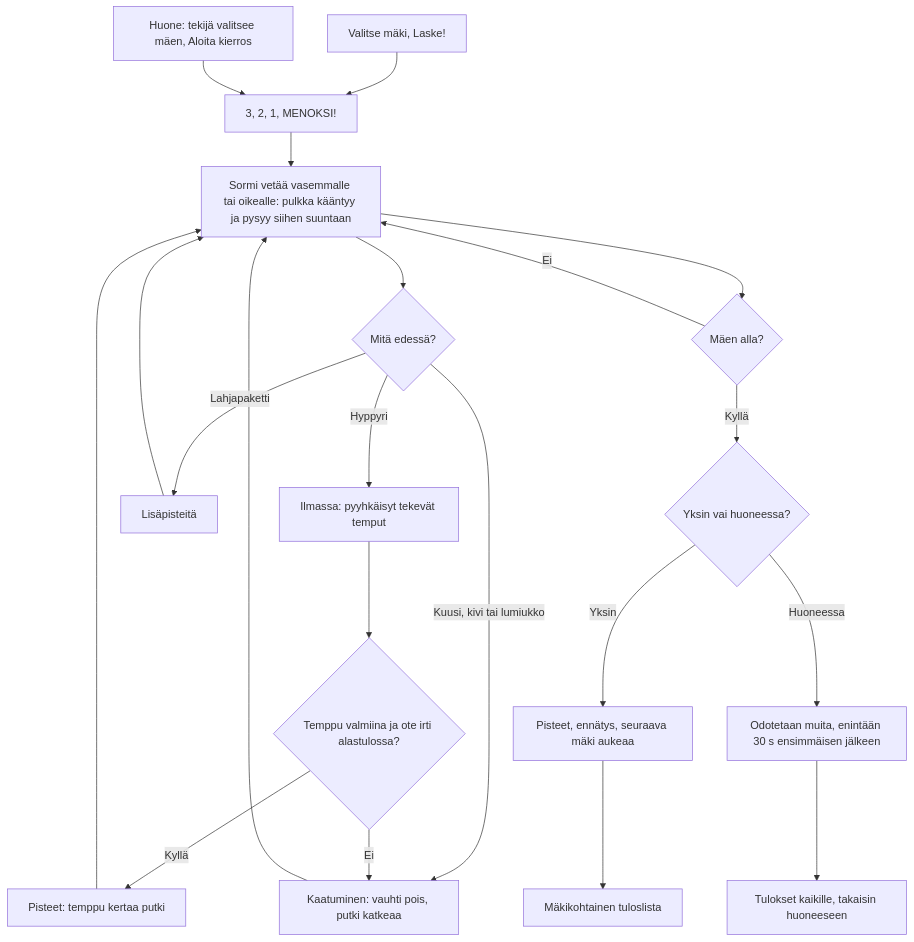
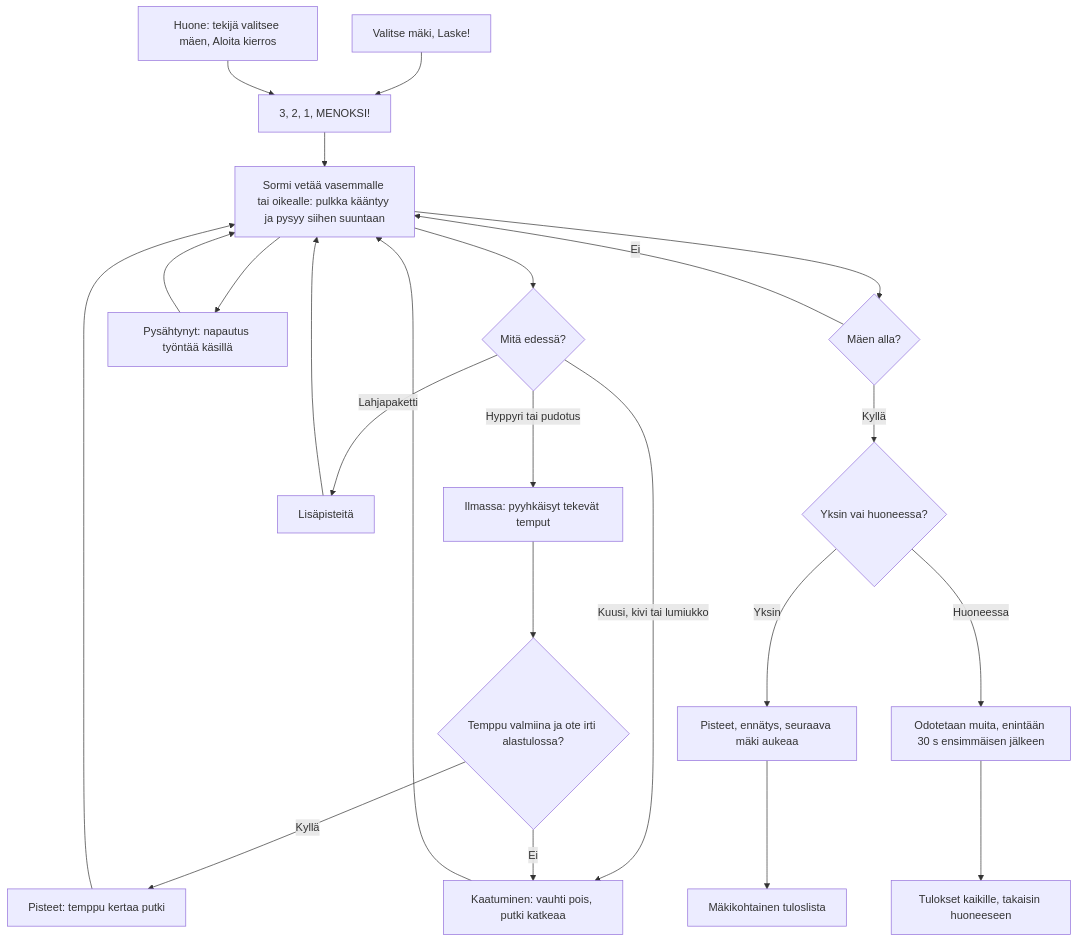
Before and after one commit to eerovil/ai-pelit: the diagram in docs/diagrams/pulkkamaki.md, drawn with Mermaid. The commit also changed other lines of this file and 4 other files, not shown here.

````diff
--- a/docs/diagrams/pulkkamaki.md
+++ b/docs/diagrams/pulkkamaki.md
@@ -9,29 +9,31 @@
 ```mermaid
 flowchart TD
   A[Valitse mäki, Laske!] --> B[3, 2, 1, MENOKSI!]
   R[Huone: tekijä valitsee mäen, Aloita kierros] --> B
   B --> C[Sormi vetää vasemmalle tai oikealle: pulkka kääntyy ja pysyy siihen suuntaan]
   C --> D{Mitä edessä?}
-  D -- Hyppyri --> E[Ilmassa: pyyhkäisyt tekevät temput]
+  D -- Hyppyri tai pudotus --> E[Ilmassa: pyyhkäisyt tekevät temput]
+  C --> P[Pysähtynyt: napautus työntää käsillä]
+  P --> C
   D -- Kuusi, kivi tai lumiukko --> F[Kaatuminen: vauhti pois, putki katkeaa]
   D -- Lahjapaketti --> G[Lisäpisteitä]
   E --> H{Temppu valmiina ja ote irti alastulossa?}
   H -- Kyllä --> I[Pisteet: temppu kertaa putki]
   H -- Ei --> F
   F --> C
   G --> C
   I --> C
   C --> M{Mäen alla?}
   M -- Ei --> C
   M -- Kyllä --> S{Yksin vai huoneessa?}
   S -- Yksin --> N[Pisteet, ennätys, seuraava mäki aukeaa]
   S -- Huoneessa --> U[Odotetaan muita, enintään 30 s ensimmäisen jälkeen]
   U --> V[Tulokset kaikille, takaisin huoneeseen]
   N --> Q[Mäkikohtainen tuloslista]
   class A,B,C blue
   class D,H,M,S amber
   class R,U,V violet
-  class E,G,I teal
+  class E,G,I,P teal
   class F rose
   class N,Q green
 ```
````
